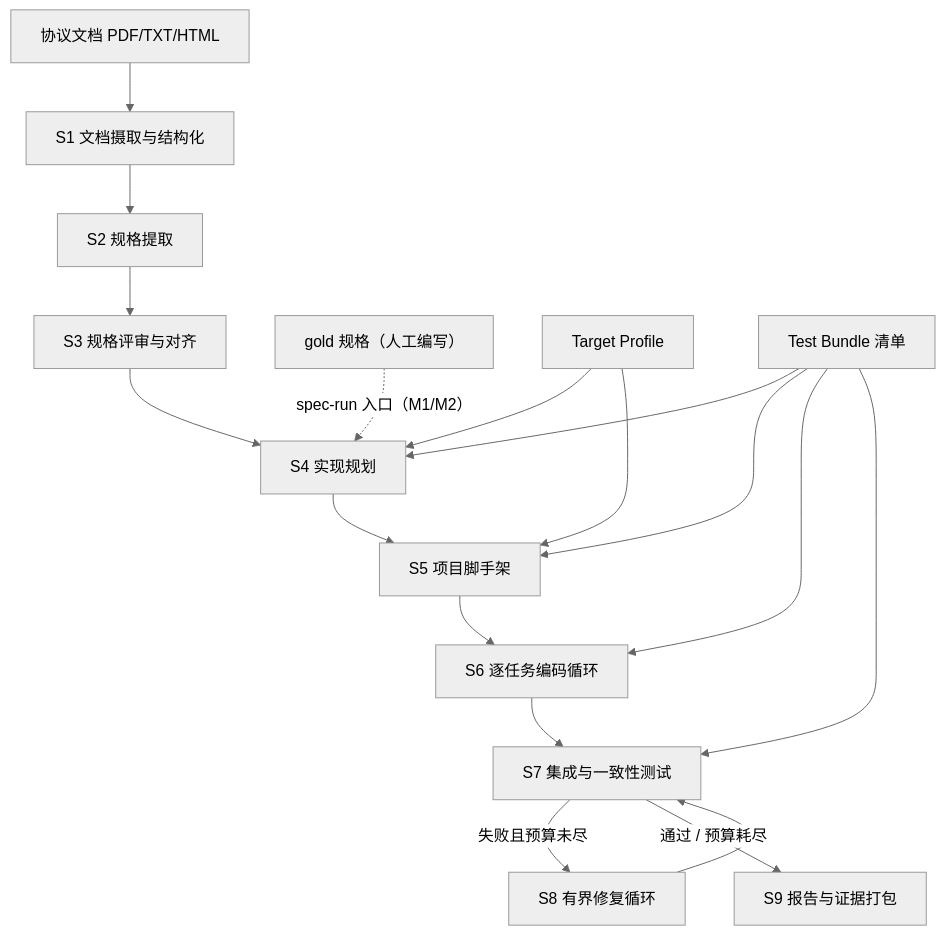
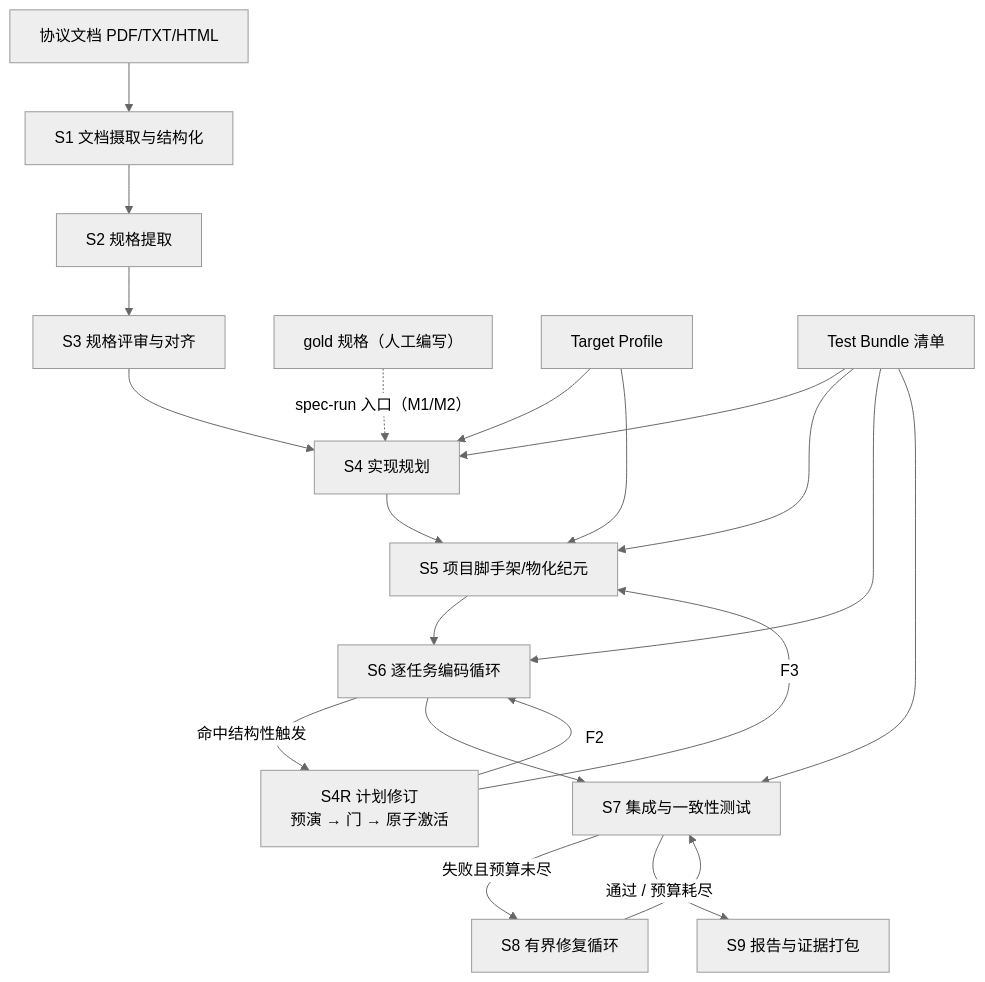
One commit to Assassin187/NePA changed the first of 2 diagrams in project_docs/system_design.md. Above: the diagram before and after it, drawn with Mermaid (neutral theme). The commit also changed other lines of this file and 2 other files, not shown here.

````diff
--- a/project_docs/system_design.md
+++ b/project_docs/system_design.md
@@ -185,20 +201,23 @@
 ```mermaid
 flowchart TD
   A[协议文档 PDF/TXT/HTML] --> S1[S1 文档摄取与结构化]
   S1 --> S2[S2 规格提取]
   S2 --> S3[S3 规格评审与对齐]
   S3 --> S4[S4 实现规划]
   G[gold 规格（人工编写）] -.spec-run 入口（M1/M2）.-> S4
   P[Target Profile] --> S4
   P --> S5
   T[Test Bundle 清单] --> S4
   T --> S5
-  S4 --> S5[S5 项目脚手架]
+  S4 --> S5[S5 项目脚手架/物化纪元]
   S5 --> S6[S6 逐任务编码循环]
   T --> S6
   T --> S7
+  S6 -- 命中结构性触发 --> S4R[S4R 计划修订<br/>预演 → 门 → 原子激活]
+  S4R -- F2 --> S6
+  S4R -- F3 --> S5
   S6 --> S7[S7 集成与一致性测试]
   S7 -- 失败且预算未尽 --> S8[S8 有界修复循环]
   S8 --> S7
   S7 -- 通过 / 预算耗尽 --> S9[S9 报告与证据打包]
 ```
````
